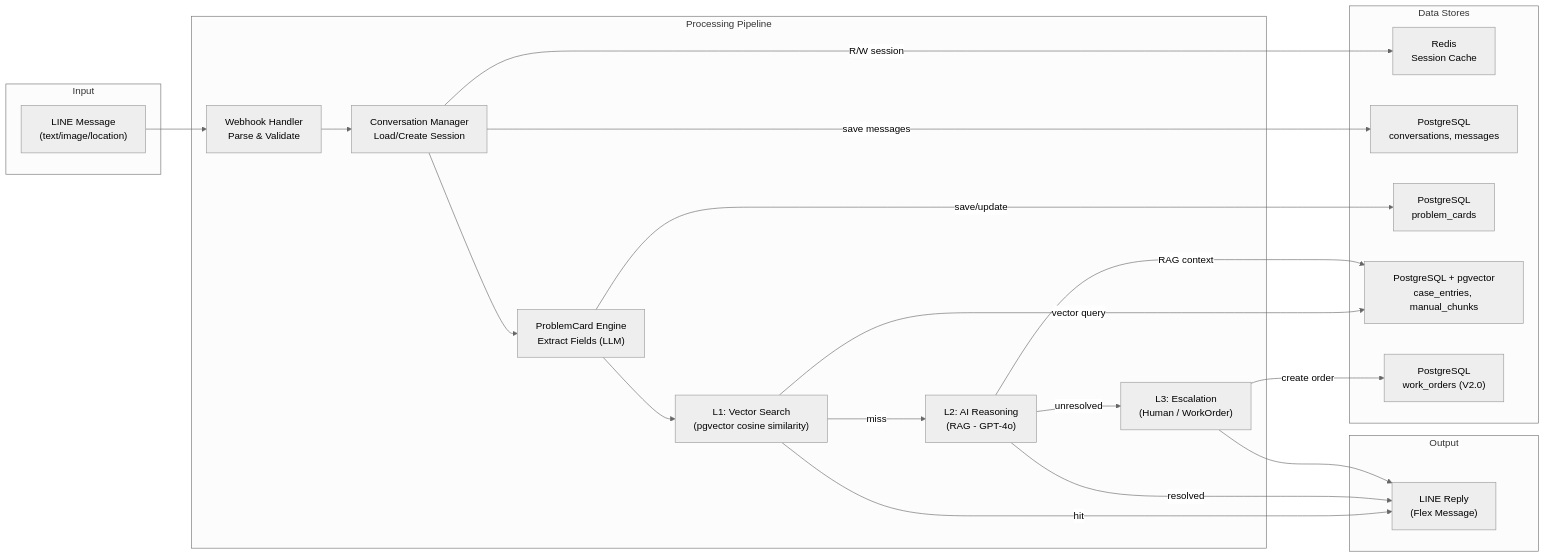
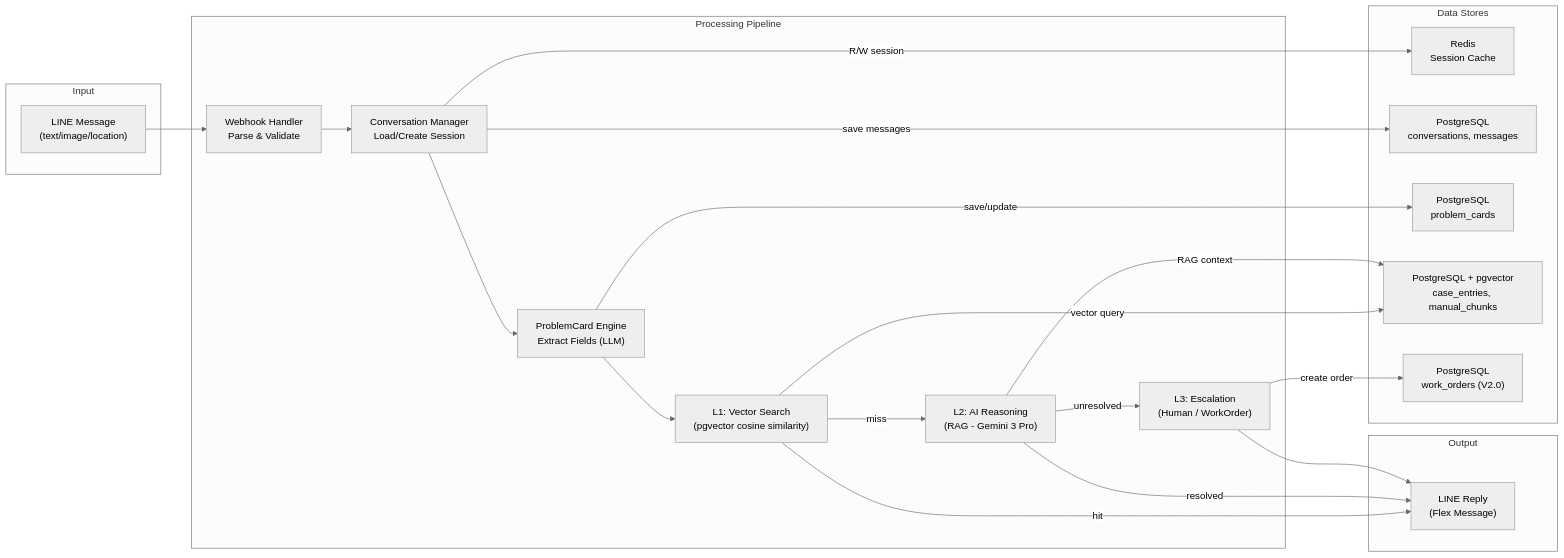
The eighth of 11 diagrams in docs/05_architecture_and_design_document.md (Zenobia000/Smart-Lock_AI_Support_Service_Dispatch_SaaS_Platform), drawn with Mermaid (neutral theme) before and after one commit. The commit also changed other lines of this file and 7 other files, not shown here.

First line of the commit message:
docs: migrate LLM provider from OpenAI GPT-4o to Google Gemini 3 Pro

````diff
--- a/docs/05_architecture_and_design_document.md
+++ b/docs/05_architecture_and_design_document.md
@@ -959,43 +959,43 @@
 ```mermaid
 graph LR
     subgraph "Input"
         LM["LINE Message<br/>(text/image/location)"]
     end
 
     subgraph "Processing Pipeline"
         WH["Webhook Handler<br/>Parse & Validate"]
         CM["Conversation Manager<br/>Load/Create Session"]
         PCE["ProblemCard Engine<br/>Extract Fields (LLM)"]
         L1["L1: Vector Search<br/>(pgvector cosine similarity)"]
-        L2["L2: AI Reasoning<br/>(RAG - GPT-4o)"]
+        L2["L2: AI Reasoning<br/>(RAG - Gemini 3 Pro)"]
         L3["L3: Escalation<br/>(Human / WorkOrder)"]
     end
 
     subgraph "Data Stores"
         REDIS["Redis<br/>Session Cache"]
         PG_CONV["PostgreSQL<br/>conversations, messages"]
         PG_PC["PostgreSQL<br/>problem_cards"]
         PG_KB["PostgreSQL + pgvector<br/>case_entries, manual_chunks"]
         PG_WO["PostgreSQL<br/>work_orders (V2.0)"]
     end
 
     subgraph "Output"
         REPLY["LINE Reply<br/>(Flex Message)"]
     end
 
     LM --> WH
     WH --> CM
     CM -->|"R/W session"| REDIS
     CM -->|"save messages"| PG_CONV
     CM --> PCE
     PCE -->|"save/update"| PG_PC
     PCE --> L1
     L1 -->|"vector query"| PG_KB
     L1 -->|"hit"| REPLY
     L1 -->|"miss"| L2
     L2 -->|"RAG context"| PG_KB
     L2 -->|"resolved"| REPLY
     L2 -->|"unresolved"| L3
     L3 -->|"create order"| PG_WO
     L3 --> REPLY
 ```
````
